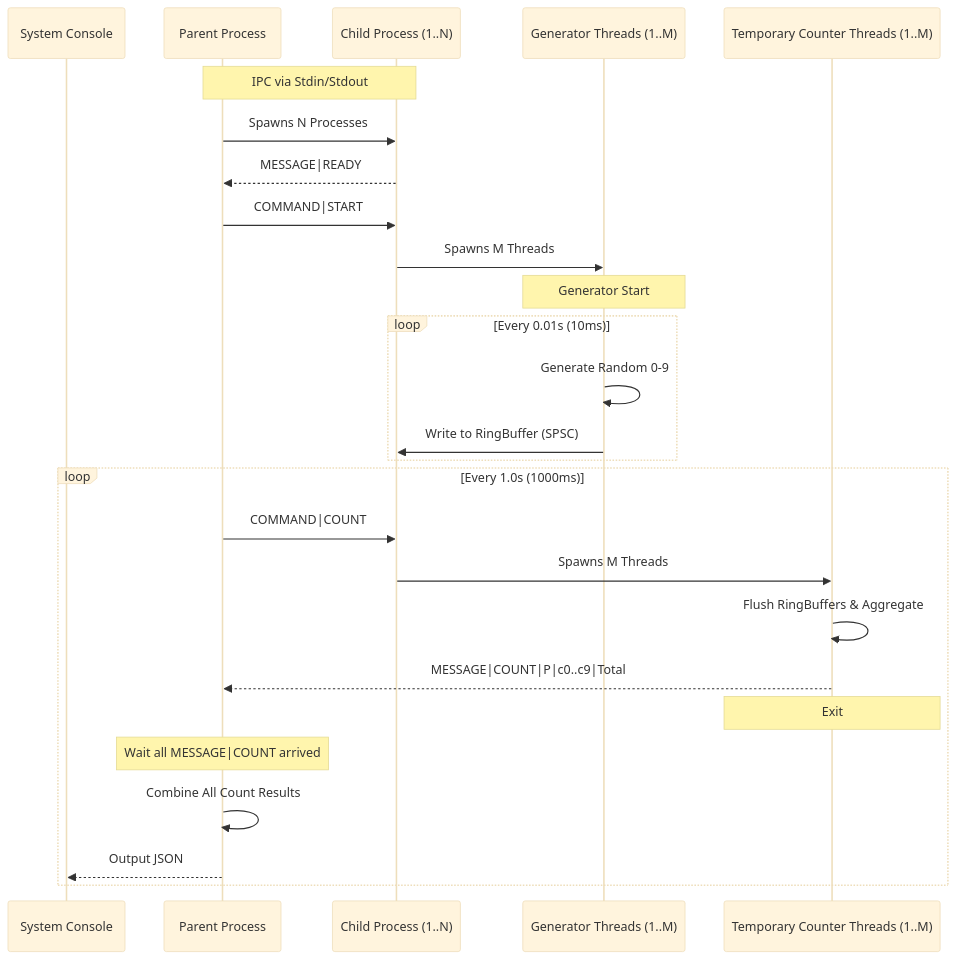
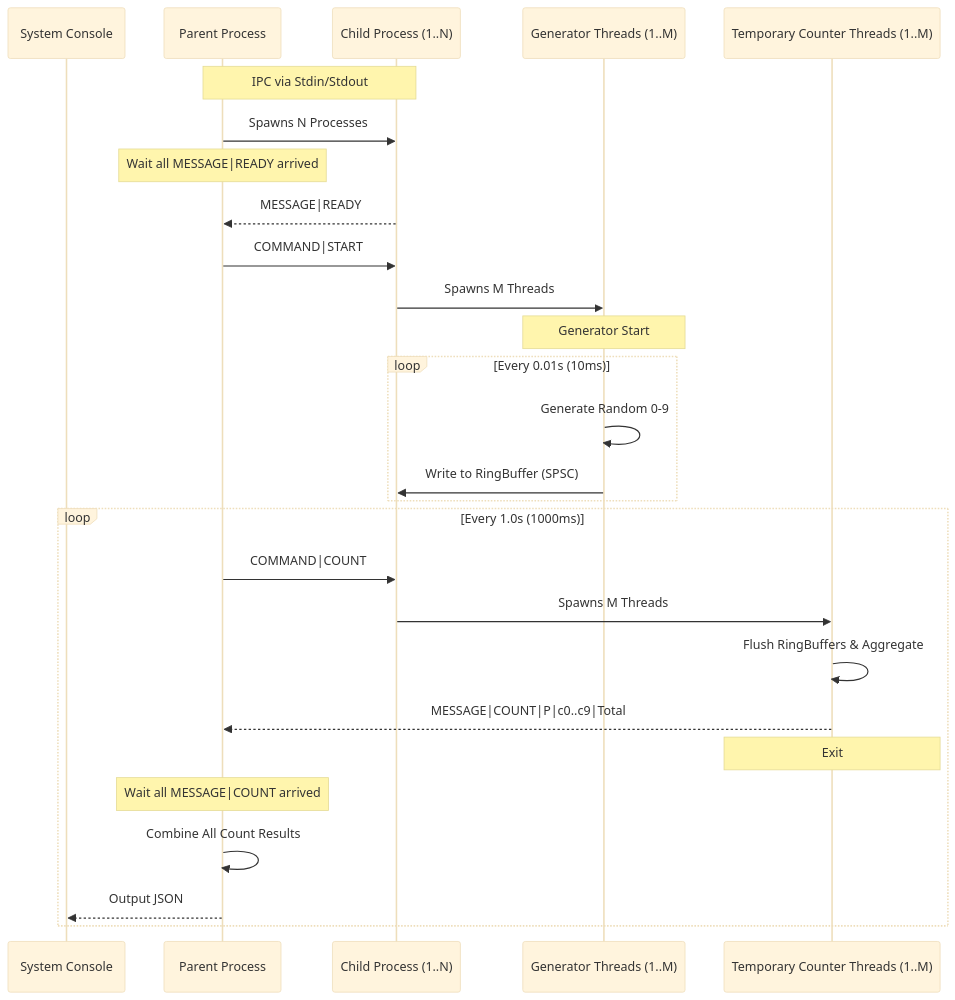
Before and after one commit to giginepuran/multi-process-test: the diagram in README.md, drawn with Mermaid (base theme).

Commit message:
Update Mermaid in README.md
Add "Wait all MESSAGE|READY arrived" block

````diff
--- a/README.md
+++ b/README.md
@@ -13,31 +13,32 @@
 ```mermaid
 sequenceDiagram
 participant SC as System Console
 participant P as Parent Process
 participant C as Child Process (1..N)
 participant T as Generator Threads (1..M)
 participant TC as Temporary Counter Threads (1..M)
 
 Note over P, C: IPC via Stdin/Stdout
 P->>C: Spawns N Processes
+Note over P, P: Wait all MESSAGE|READY arrived
 C-->>P: MESSAGE|READY
 P->>C: COMMAND|START
 C->>T: Spawns M Threads
 
 Note over T, T: Generator Start
 loop Every 0.01s (10ms)
     T->>T: Generate Random 0-9
     T->>C: Write to RingBuffer (SPSC)
 end
 
 loop Every 1.0s (1000ms)
     P->>C: COMMAND|COUNT
     C->>TC: Spawns M Threads
     TC->>TC: Flush RingBuffers & Aggregate
     TC-->>P: MESSAGE|COUNT|P|c0..c9|Total
     Note over TC, TC: Exit
     Note over P, P: Wait all MESSAGE|COUNT arrived
     P->>P: Combine All Count Results
     P-->>SC: Output JSON
 end
 ```
````
